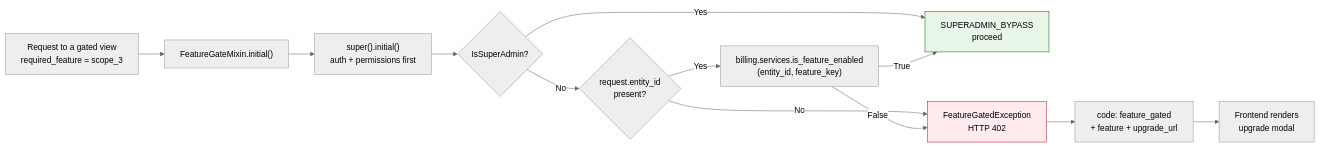
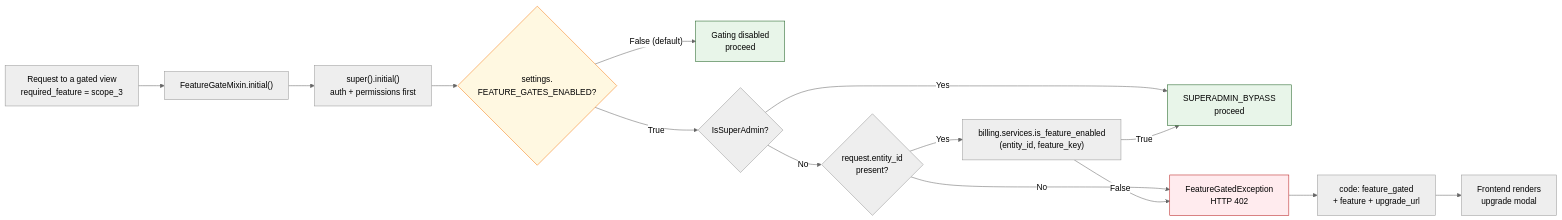
The third of 7 diagrams in docs/diagrams/uml/05-domain-platform.md (Software-Lifecycle-Consultants/SusDevOS-Pro), drawn with Mermaid (neutral theme) before and after one commit. The commit also changed other lines of this file and 28 other files, not shown here.

````diff
--- a/docs/diagrams/uml/05-domain-platform.md
+++ b/docs/diagrams/uml/05-domain-platform.md
@@ -140,17 +146,21 @@
 ```mermaid
 flowchart LR
     REQ["Request to a gated view<br/>required_feature = scope_3"] --> INIT["FeatureGateMixin.initial()"]
     INIT --> SUPER["super().initial()<br/>auth + permissions first"]
-    SUPER --> SA{"IsSuperAdmin?"}
+    SUPER --> SW{"settings.<br/>FEATURE_GATES_ENABLED?"}
+    SW -->|"False (default)"| OFFP["Gating disabled<br/>proceed"]
+    SW -->|"True"| SA{"IsSuperAdmin?"}
     SA -->|"Yes"| PASS["SUPERADMIN_BYPASS<br/>proceed"]
     SA -->|"No"| EID{"request.entity_id<br/>present?"}
     EID -->|"No"| DENY
     EID -->|"Yes"| CHK["billing.services.is_feature_enabled<br/>(entity_id, feature_key)"]
     CHK -->|"True"| PASS
     CHK -->|"False"| DENY["FeatureGatedException<br/>HTTP 402"]
     DENY --> RESP["code: feature_gated<br/>+ feature + upgrade_url"]
     RESP --> UI["Frontend renders<br/>upgrade modal"]
 
     style DENY fill:#ffebee,stroke:#b71c1c,color:#000
     style PASS fill:#e8f5e9,stroke:#1b5e20,color:#000
+    style OFFP fill:#e8f5e9,stroke:#1b5e20,color:#000
+    style SW fill:#fff8e1,stroke:#f57f17,color:#000
 ```
````
